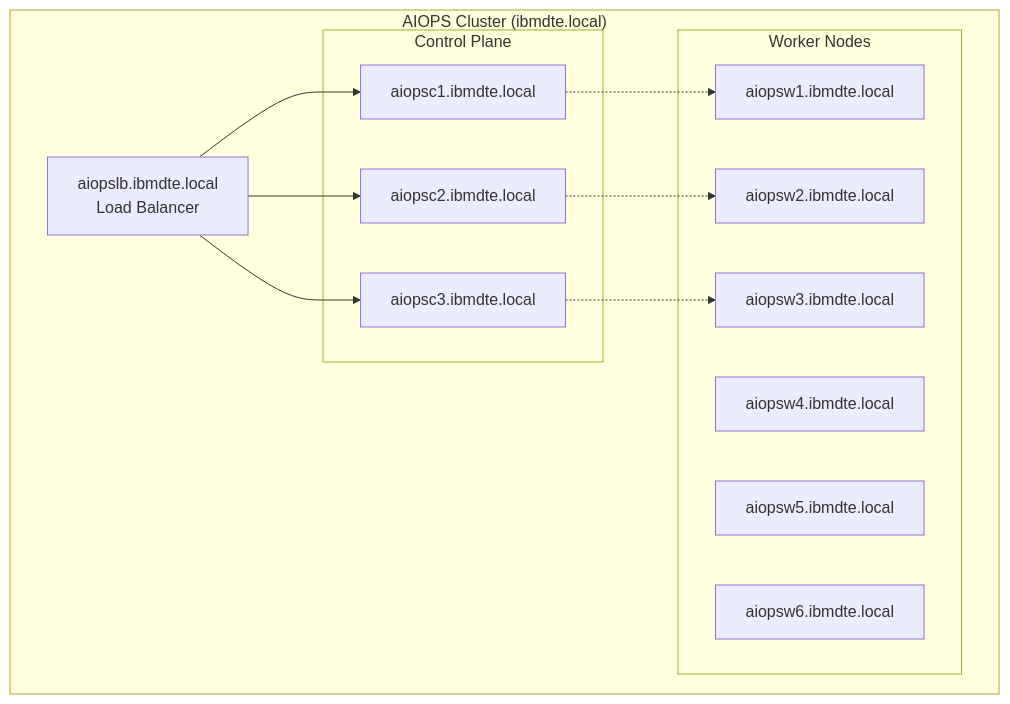
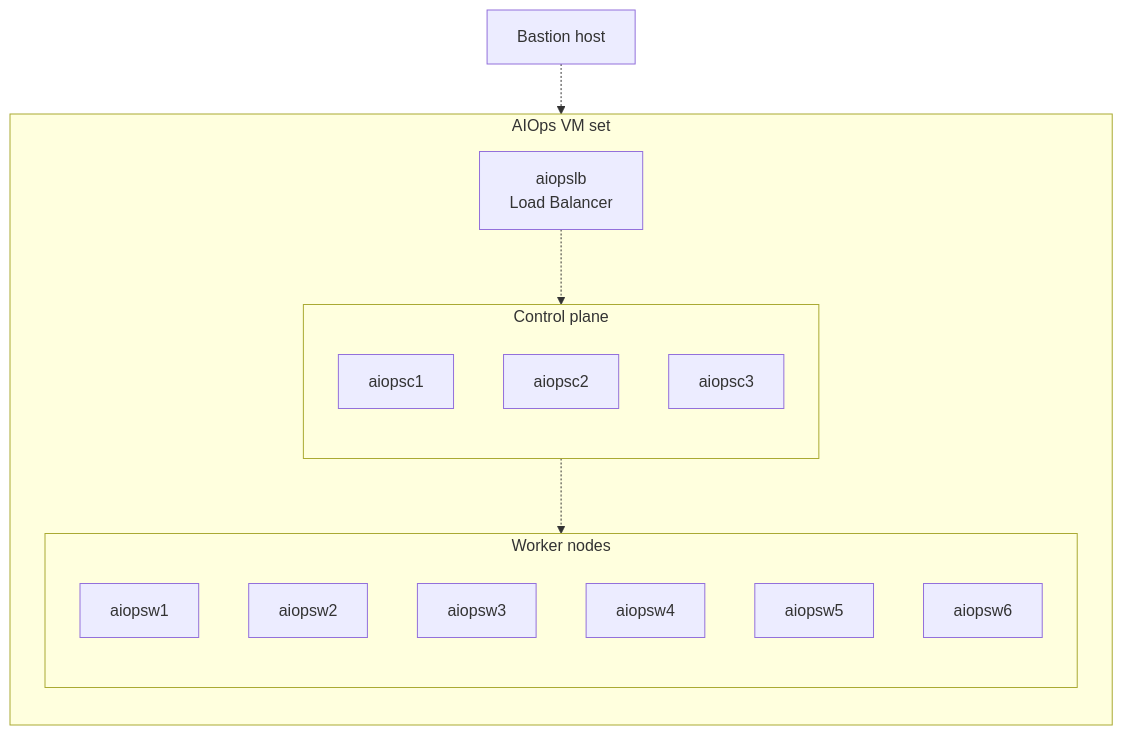
One commit to IBM/waiops-tech-jam changed the first of 2 diagrams in labs/cloud-pak-aiops/install-lab-linux/3-installation/index.mdx. Above: the diagram before and after it, drawn with Mermaid. The commit also changed other lines of this file and 3 other files, not shown here.

````diff
--- a/labs/cloud-pak-aiops/install-lab-linux/3-installation/index.mdx
+++ b/labs/cloud-pak-aiops/install-lab-linux/3-installation/index.mdx
@@ -20,29 +19,32 @@
 ```mermaid
 graph TD
-    subgraph "AIOPS Cluster (ibmdte.local)"
-        LB[aiopslb.ibmdte.local<br/>Load Balancer]
 
-        subgraph "Control Plane"
-            CP1[aiopsc1.ibmdte.local]
-            CP2[aiopsc2.ibmdte.local]
-            CP3[aiopsc3.ibmdte.local]
+    BH[Bastion host]
+
+    subgraph AVMS[AIOps VM set]
+
+        direction TB
+        LB[aiopslb<br/>Load Balancer]
+
+        subgraph CP[Control plane]
+            direction TB
+            CP1[aiopsc1]
+            CP2[aiopsc2]
+            CP3[aiopsc3]
         end
 
-        subgraph "Worker Nodes"
-            W1[aiopsw1.ibmdte.local]
-            W2[aiopsw2.ibmdte.local]
-            W3[aiopsw3.ibmdte.local]
-            W4[aiopsw4.ibmdte.local]
-            W5[aiopsw5.ibmdte.local]
-            W6[aiopsw6.ibmdte.local]
+        subgraph WN[Worker nodes]
+            direction TB
+            W1[aiopsw1]
+            W2[aiopsw2]
+            W3[aiopsw3]
+            W4[aiopsw4]
+            W5[aiopsw5]
+            W6[aiopsw6]
         end
     end
 
-    LB --> CP1
-    LB --> CP2
-    LB --> CP3
-
-    CP1 -.-> W1
-    CP2 -.-> W2
-    CP3 -.-> W3
+    BH -.-> LB
+    LB -.-> CP
+    CP -.-> WN
 ```
````
